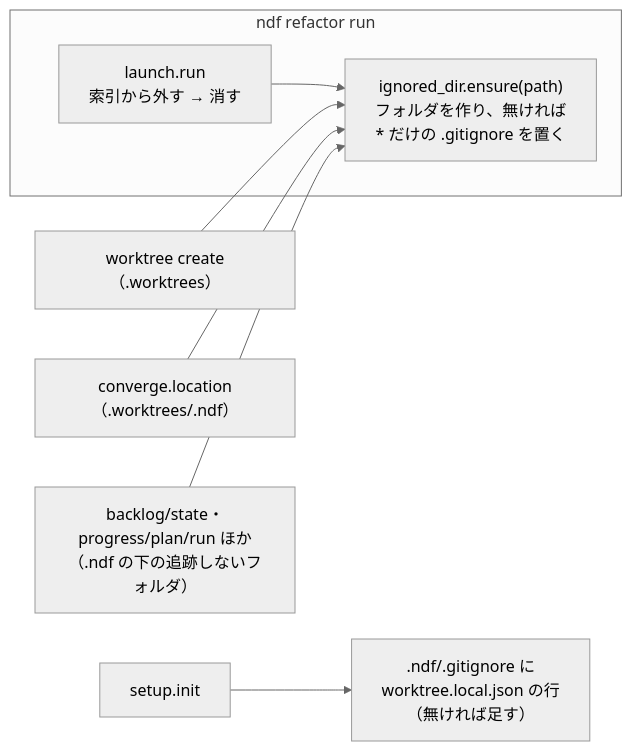
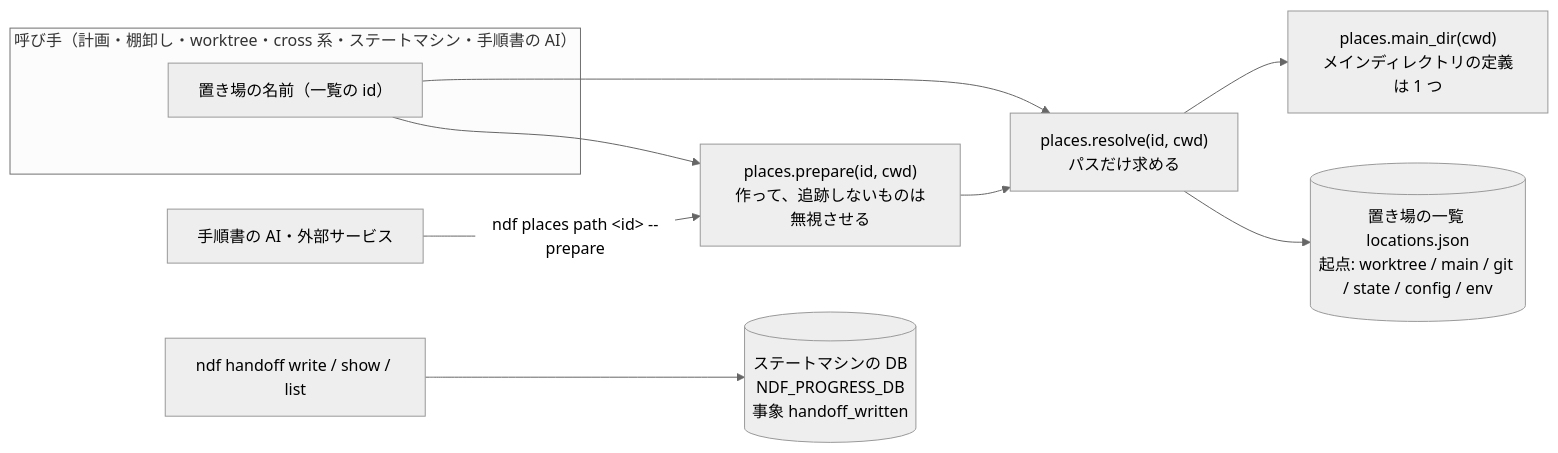
The second of 2 diagrams in issues/issue-3500-design.md (devbasex/ai-plugins), drawn with Mermaid (neutral theme) before and after one commit. The commit also changed other lines of this file and 2 other files, not shown here.

````diff
--- a/issues/issue-3500-design.md
+++ b/issues/issue-3500-design.md
@@ -44,11 +52,13 @@
 ```mermaid
 flowchart LR
-  H["ignored_dir.ensure(path)<br/>フォルダを作り、無ければ<br/>* だけの .gitignore を置く"]
-  subgraph refactor["ndf refactor run"]
-    L["launch.run<br/>索引から外す → 消す"] --> H
+  subgraph callers["呼び手（計画・棚卸し・worktree・cross 系・ステートマシン・手順書の AI）"]
+    K["置き場の名前（一覧の id）"]
   end
-  C["worktree create（.worktrees）"] --> H
-  CL["converge.location（.worktrees/.ndf）"] --> H
-  B["backlog/state・<br/>progress/plan/run ほか<br/>（.ndf の下の追跡しないフォルダ）"] --> H
-  I["setup.init"] --> NI[".ndf/.gitignore に<br/>worktree.local.json の行<br/>（無ければ足す）"]
+  K --> P["places.resolve(id, cwd)<br/>パスだけ求める"]
+  K --> Q["places.prepare(id, cwd)<br/>作って、追跡しないものは無視させる"]
+  Q --> P
+  P --> M["places.main_dir(cwd)<br/>メインディレクトリの定義は 1 つ"]
+  P --> L[("置き場の一覧 locations.json<br/>起点: worktree / main / git / state / config / env")]
+  AI["手順書の AI・外部サービス"] -->|"ndf places path &lt;id&gt; --prepare"| Q
+  H["ndf handoff write / show / list"] --> DB[("ステートマシンの DB<br/>NDF_PROGRESS_DB<br/>事象 handoff_written")]
 ```
````
